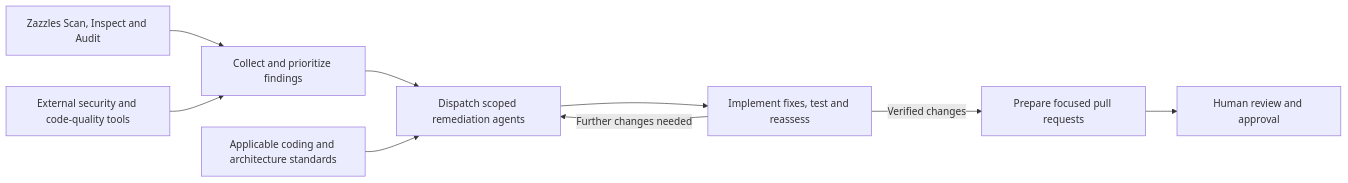
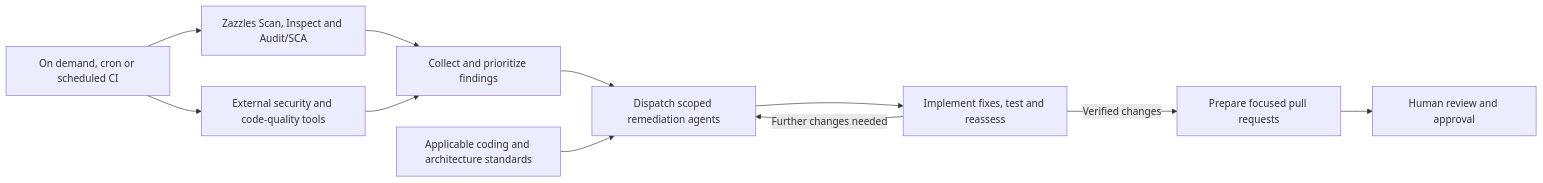
Before and after one commit to zazzcode/zazzles: the second of 2 diagrams in README.md, drawn with Mermaid. The commit also changed other lines of this file and 2 other files, not shown here.

Commit message:
[DOC] Describe scheduled assessment and remediation workflows

````diff
--- a/README.md
+++ b/README.md
@@ -328,11 +332,13 @@
 ```mermaid
 flowchart LR
-    Z[Zazzles Scan, Inspect and Audit] --> F[Collect and prioritize findings]
-    X[External security and code-quality tools] --> F
+    T[On demand, cron or scheduled CI] --> Z[Zazzles Scan, Inspect and Audit/SCA]
+    T --> X[External security and code-quality tools]
+    Z --> F[Collect and prioritize findings]
+    X --> F
     F --> A[Dispatch scoped remediation agents]
     S[Applicable coding and architecture standards] --> A
     A --> V[Implement fixes, test and reassess]
     V -->|Further changes needed| A
     V -->|Verified changes| P[Prepare focused pull requests]
     P --> R[Human review and approval]
 ```
````
